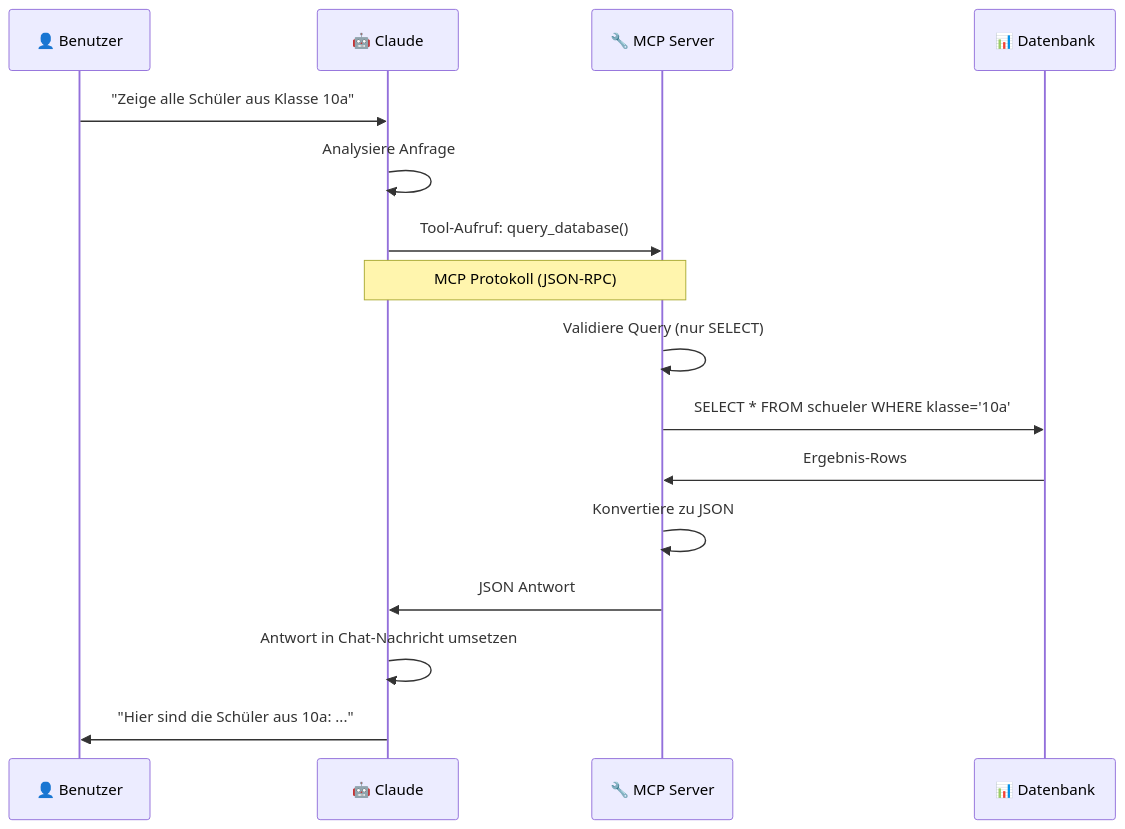
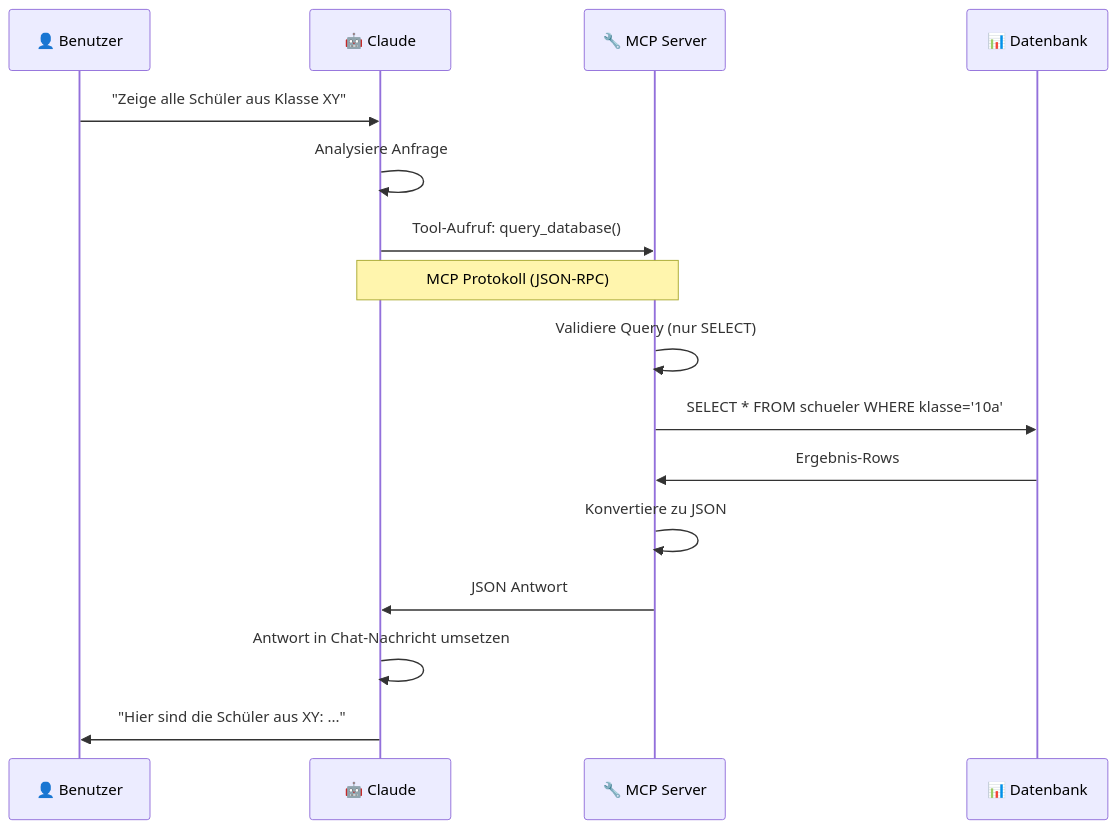
One commit to FlowTheTensor/SQLite-mit-MCP changed the second of 2 diagrams in README.md. Above: the diagram before and after it, drawn with Mermaid. The commit also changed other lines of this file, not shown here.

````diff
--- a/README.md
+++ b/README.md
@@ -26,19 +26,19 @@
 ```mermaid
 sequenceDiagram
     participant U as 👤 Benutzer
     participant C as 🤖 Claude
     participant M as 🔧 MCP Server
     participant D as 📊 Datenbank
     
-    U->>C: "Zeige alle Schüler aus Klasse 10a"
+    U->>C: "Zeige alle Schüler aus Klasse XY"
     C->>C: Analysiere Anfrage
     C->>M: Tool-Aufruf: query_database()
     Note over C,M: MCP Protokoll (JSON-RPC)
     M->>M: Validiere Query (nur SELECT)
     M->>D: SELECT * FROM schueler WHERE klasse='10a'
     D->>M: Ergebnis-Rows
     M->>M: Konvertiere zu JSON
     M->>C: JSON Antwort
     C->>C: Antwort in Chat-Nachricht umsetzen
-    C->>U: "Hier sind die Schüler aus 10a: ..."
+    C->>U: "Hier sind die Schüler aus XY: ..."
 ```
````
